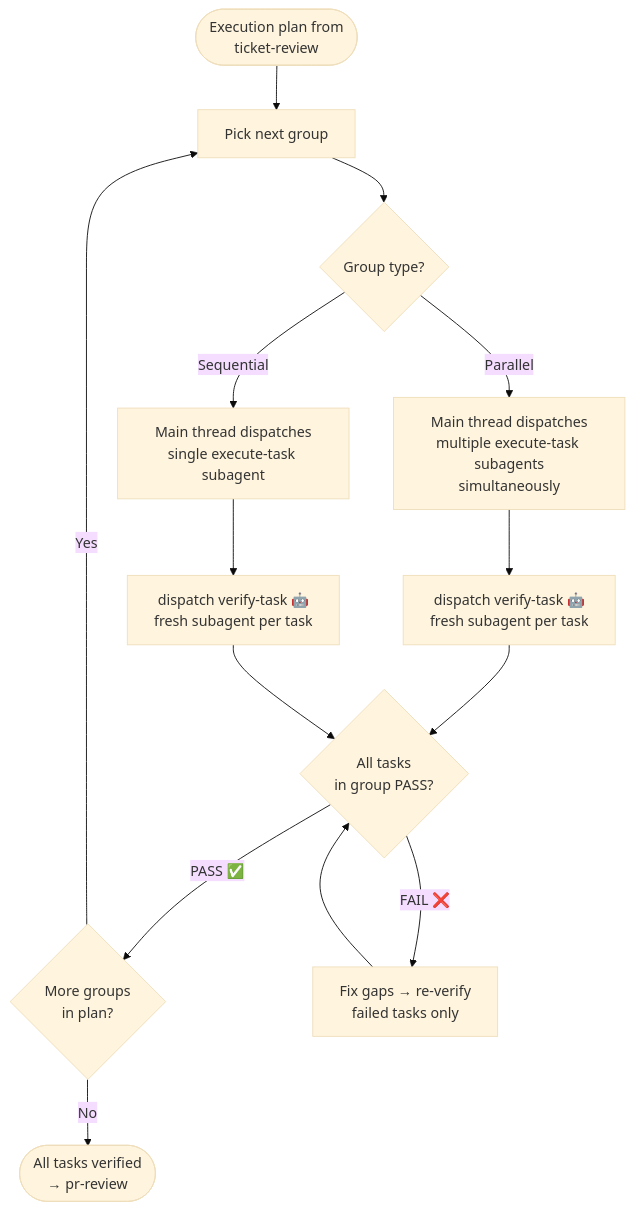
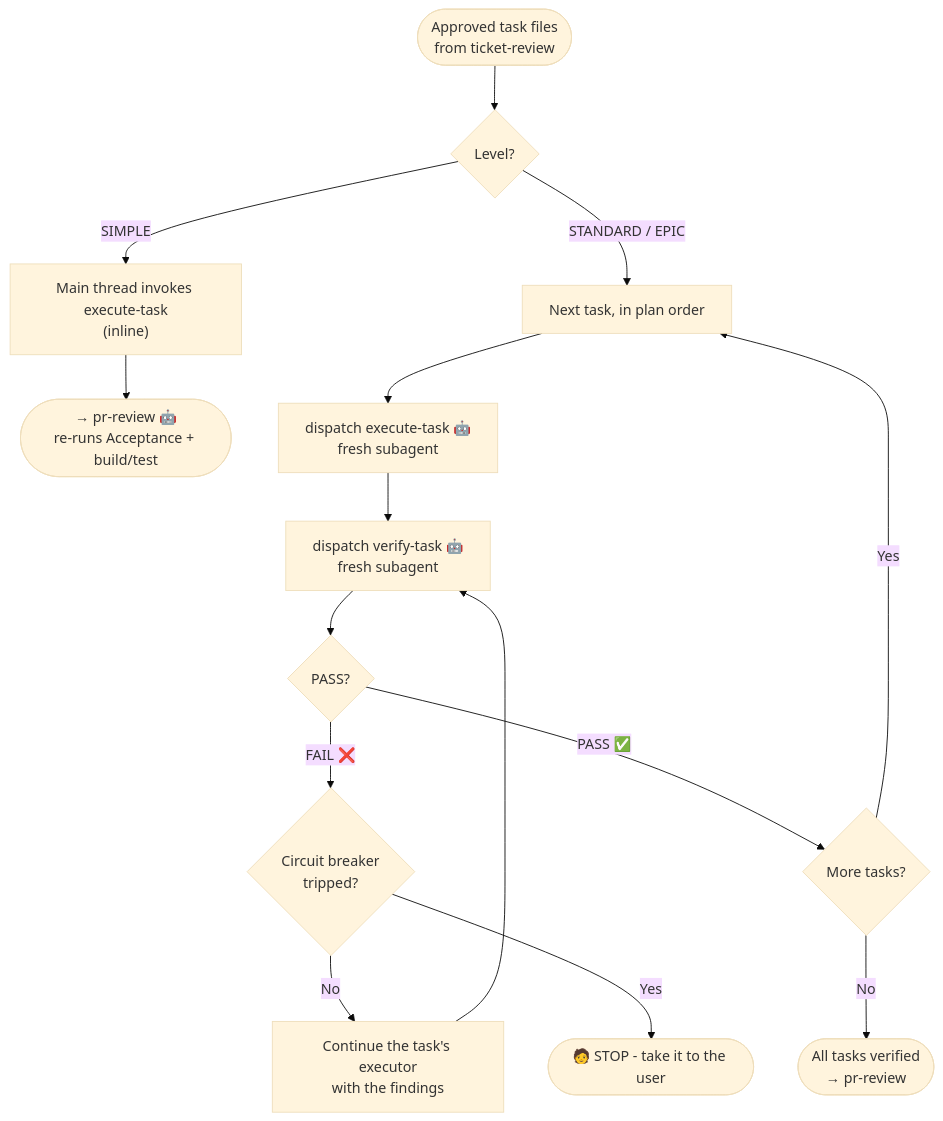
One commit to precise-alloy/ritus changed the second of 8 diagrams in docs/WORKFLOW_DIAGRAMS.md. Above: the diagram before and after it, drawn with Mermaid (base theme). The commit also changed other lines of this file and 106 other files, not shown here.

````diff
--- a/docs/WORKFLOW_DIAGRAMS.md
+++ b/docs/WORKFLOW_DIAGRAMS.md
@@ -77,21 +82,21 @@
 ```mermaid
 flowchart TD
-    Start(["Execution plan from\nticket-review"]) --> NextGroup["Pick next group"]
+    Start(["Approved task files\nfrom ticket-review"]) --> Level{"Level?"}
 
-    NextGroup --> GroupType{"Group type?"}
-    GroupType -->|"Parallel"| ParExec["Main thread dispatches\nmultiple execute-task subagents\nsimultaneously"]
-    GroupType -->|"Sequential"| SeqExec["Main thread dispatches\nsingle execute-task subagent"]
+    Level -->|"SIMPLE"| Inline["Main thread invokes execute-task\n(inline)"]
+    Inline --> ToReview(["→ pr-review 🤖\nre-runs Acceptance + build/test"])
 
-    ParExec --> ParVerify["dispatch verify-task 🤖\nfresh subagent per task"]
-    SeqExec --> SeqVerify["dispatch verify-task 🤖\nfresh subagent per task"]
+    Level -->|"STANDARD / EPIC"| Next["Next task, in plan order"]
+    Next --> Exec["dispatch execute-task 🤖\nfresh subagent"]
+    Exec --> Verify["dispatch verify-task 🤖\nfresh subagent"]
+    Verify --> Check{"PASS?"}
 
-    ParVerify --> Check{"All tasks\nin group PASS?"}
-    SeqVerify --> Check
+    Check -->|"FAIL ❌"| Breaker{"Circuit breaker\ntripped?"}
+    Breaker -->|"No"| Fix["Continue the task's executor\nwith the findings"]
+    Fix --> Verify
+    Breaker -->|"Yes"| Stop(["🧑 STOP - take it to the user"])
 
-    Check -->|"PASS ✅"| MoreGroups{"More groups\nin plan?"}
-    Check -->|"FAIL ❌"| Fix["Fix gaps → re-verify\nfailed tasks only"]
-    Fix --> Check
-
-    MoreGroups -->|"Yes"| NextGroup
-    MoreGroups -->|"No"| Done(["All tasks verified\n→ pr-review"])
+    Check -->|"PASS ✅"| More{"More tasks?"}
+    More -->|"Yes"| Next
+    More -->|"No"| Done(["All tasks verified\n→ pr-review"])
 ```
````
